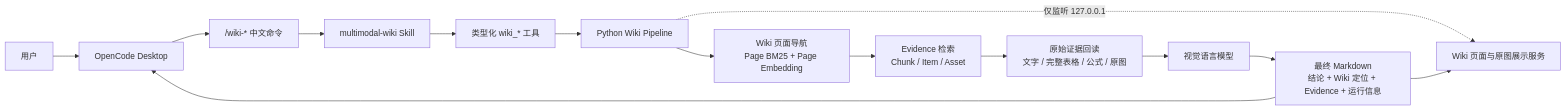
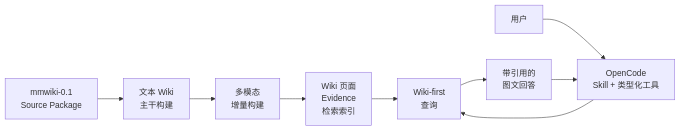
Before and after one commit to yooa722/multimodal-llm-wiki: the first of 3 diagrams in README.md, drawn with Mermaid. The commit also changed other lines of this file, not shown here.

Commit message:
docs: clarify project README and architecture flows

````diff
--- a/README.md
+++ b/README.md
@@ -22,18 +47,12 @@
 ```mermaid
 flowchart LR
-    U["用户"] --> O["OpenCode Desktop"]
-    O --> C["/wiki-* 中文命令"]
-    C --> S["multimodal-wiki Skill"]
-    S --> T["类型化 wiki_* 工具"]
-    T --> P["Python Wiki Pipeline"]
+    A["mmwiki-0.1<br/>Source Package"] --> B["文本 Wiki<br/>主干构建"]
+    B --> C["多模态<br/>增量构建"]
+    C --> D["Wiki 页面<br/>Evidence<br/>检索索引"]
 
-    P --> W["Wiki 页面导航<br/>Page BM25 + Page Embedding"]
-    W --> E["Evidence 检索<br/>Chunk / Item / Asset"]
-    E --> R["原始证据回读<br/>文字 / 完整表格 / 公式 / 原图"]
-    R --> V["视觉语言模型"]
-    V --> A["最终 Markdown<br/>结论 + Wiki 定位 + Evidence + 运行信息"]
-    A --> O
-
-    P -. "仅监听 127.0.0.1" .-> H["Wiki 页面与原图展示服务"]
-    A --> H
+    U["用户"] --> O["OpenCode<br/>Skill + 类型化工具"]
+    O --> Q["Wiki-first<br/>查询"]
+    D --> Q
+    Q --> R["带引用的<br/>图文回答"]
+    R --> O
 ```
````
